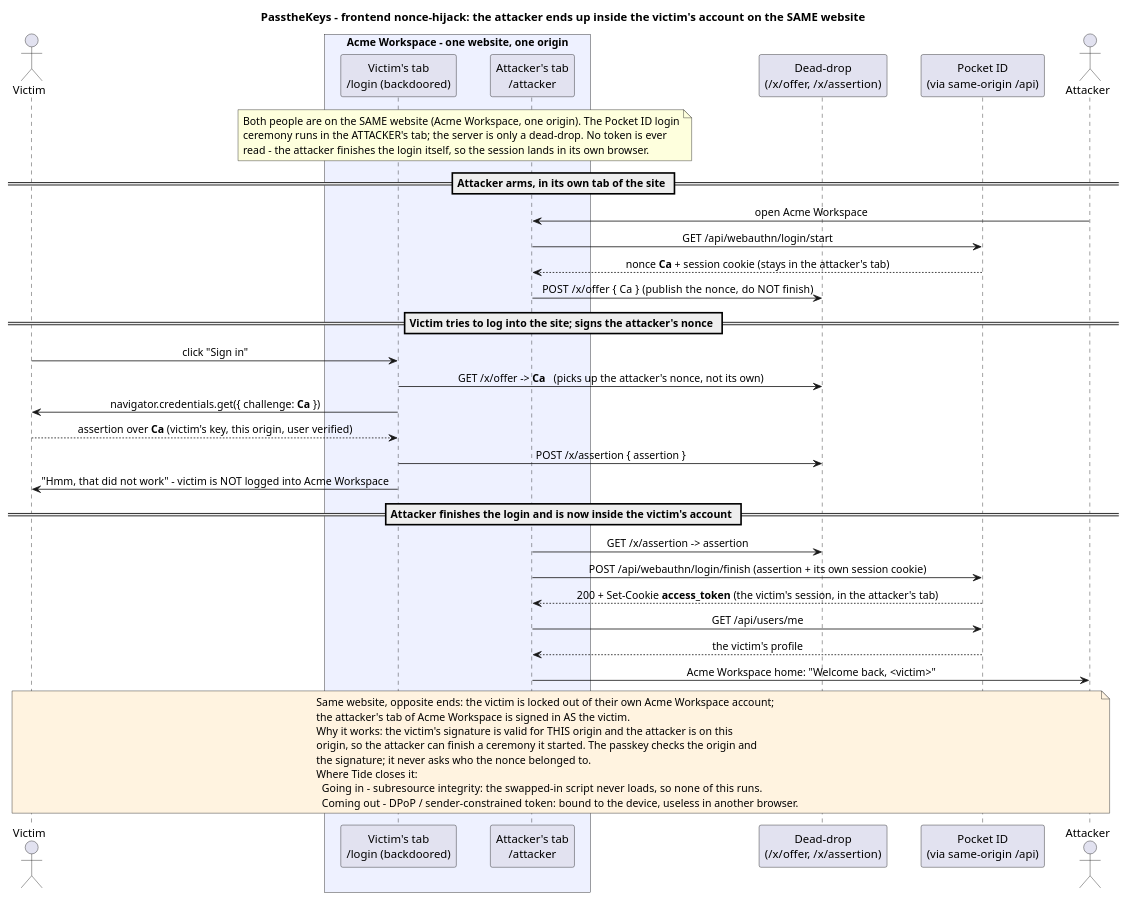
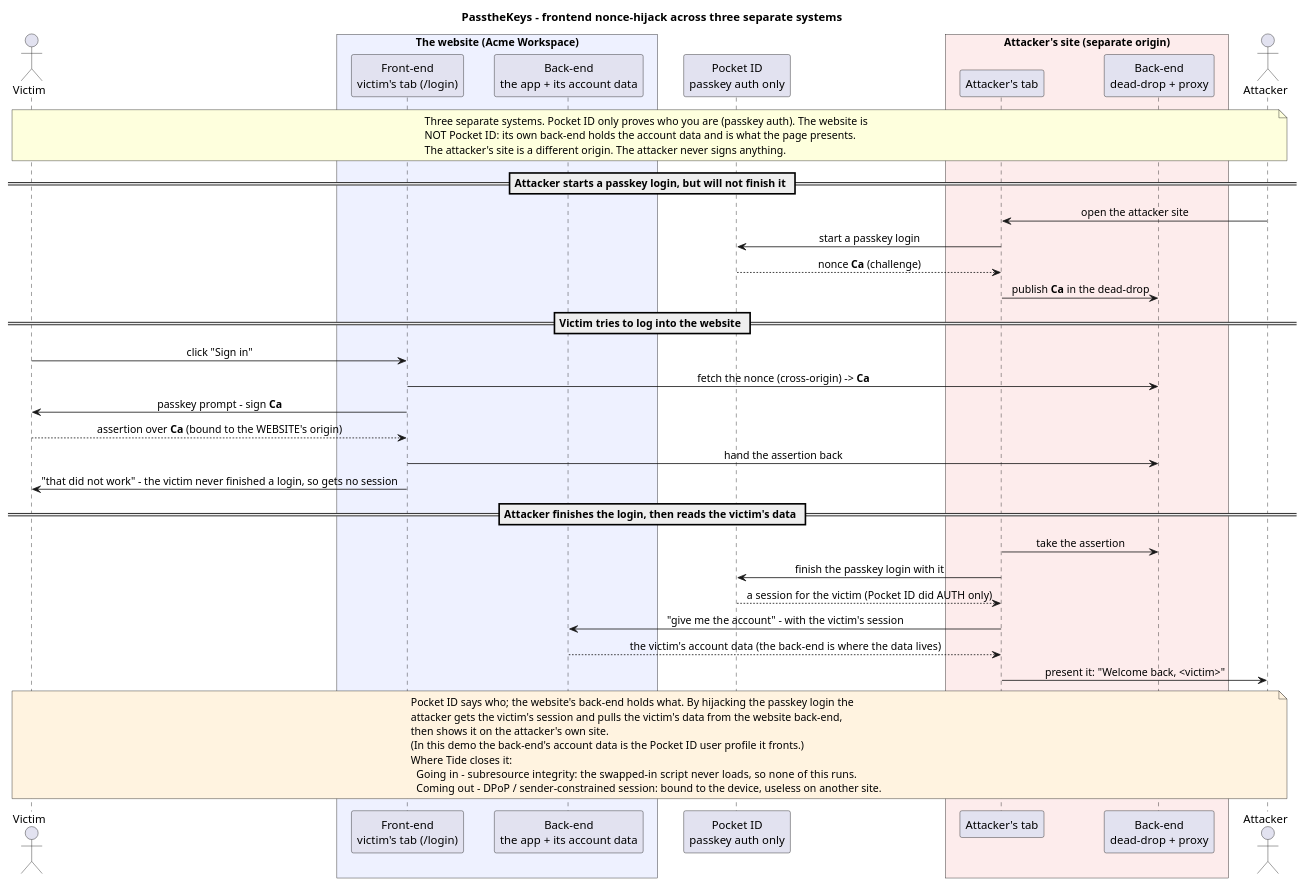
The diagram in pocketid-demo/flow.puml (sashyo/PasstheKeys), drawn with PlantUML before and after one commit.

Commit message:
Diagram: separate Pocket ID (auth), the website (front-end + data back-end), and the attacker site

```diff
--- a/pocketid-demo/flow.puml
+++ b/pocketid-demo/flow.puml
@@ -1,58 +1,60 @@
 @startuml PasstheKeys
-title PasstheKeys - frontend nonce-hijack: the attacker ends up inside the victim's account on the SAME website
+title PasstheKeys - frontend nonce-hijack across three separate systems
 
 skinparam shadowing false
 skinparam defaultFontName sans-serif
 skinparam sequenceMessageAlign center
-skinparam ParticipantPadding 16
+skinparam ParticipantPadding 14
 skinparam BoxPadding 12
 
 actor "Victim" as V
-box "Acme Workspace - one website, one origin" #EEF1FF
-  participant "Victim's tab\n/login (backdoored)" as VP
-  participant "Attacker's tab\n/attacker" as AP
+box "The website (Acme Workspace)" #EEF1FF
+  participant "Front-end\nvictim's tab (/login)" as VP
+  participant "Back-end\nthe app + its account data" as WB
 end box
-participant "Dead-drop\n(/x/offer, /x/assertion)" as S
-participant "Pocket ID\n(via same-origin /api)" as PID
+participant "Pocket ID\npasskey auth only" as PID
+box "Attacker's site (separate origin)" #FDECEC
+  participant "Attacker's tab" as AP
+  participant "Back-end\ndead-drop + proxy" as AD
+end box
 actor "Attacker" as A
 
-note over VP, AP
-  Both people are on the SAME website (Acme Workspace, one origin). The Pocket ID login
-  ceremony runs in the ATTACKER's tab; the server is only a dead-drop. No token is ever
-  read - the attacker finishes the login itself, so the session lands in its own browser.
+note across
+  Three separate systems. Pocket ID only proves who you are (passkey auth). The website is
+  NOT Pocket ID: its own back-end holds the account data and is what the page presents.
+  The attacker's site is a different origin. The attacker never signs anything.
 end note
 
-== Attacker arms, in its own tab of the site ==
-A -> AP : open Acme Workspace
-AP -> PID : GET /api/webauthn/login/start
-PID --> AP : nonce **Ca** + session cookie (stays in the attacker's tab)
-AP -> S : POST /x/offer { Ca }   (publish the nonce, do NOT finish)
+== Attacker starts a passkey login, but will not finish it ==
+A -> AP : open the attacker site
+AP -> PID : start a passkey login
+PID --> AP : nonce **Ca** (challenge)
+AP -> AD : publish **Ca** in the dead-drop
 
-== Victim tries to log into the site; signs the attacker's nonce ==
+== Victim tries to log into the website ==
 V -> VP : click "Sign in"
-VP -> S : GET /x/offer -> **Ca**   (picks up the attacker's nonce, not its own)
-VP -> V : navigator.credentials.get({ challenge: **Ca** })
-V --> VP : assertion over **Ca** (victim's key, this origin, user verified)
-VP -> S : POST /x/assertion { assertion }
-VP -> V : "Hmm, that did not work" - victim is NOT logged into Acme Workspace
+VP -> AD : fetch the nonce (cross-origin) -> **Ca**
+VP -> V : passkey prompt - sign **Ca**
+V --> VP : assertion over **Ca** (bound to the WEBSITE's origin)
+VP -> AD : hand the assertion back
+VP -> V : "that did not work" - the victim never finished a login, so gets no session
 
-== Attacker finishes the login and is now inside the victim's account ==
-AP -> S : GET /x/assertion -> assertion
-AP -> PID : POST /api/webauthn/login/finish (assertion + its own session cookie)
-PID --> AP : 200 + Set-Cookie **access_token** (the victim's session, in the attacker's tab)
-AP -> PID : GET /api/users/me
-PID --> AP : the victim's profile
-AP -> A : Acme Workspace home: "Welcome back, <victim>"
+== Attacker finishes the login, then reads the victim's data ==
+AP -> AD : take the assertion
+AP -> PID : finish the passkey login with it
+PID --> AP : a session for the victim  (Pocket ID did AUTH only)
+AP -> WB : "give me the account" - with the victim's session
+WB --> AP : the victim's account data  (the back-end is where the data lives)
+AP -> A : present it: "Welcome back, <victim>"
 
-note over V, A #FFF3E0
-  Same website, opposite ends: the victim is locked out of their own Acme Workspace account;
-  the attacker's tab of Acme Workspace is signed in AS the victim.
-  Why it works: the victim's signature is valid for THIS origin and the attacker is on this
-  origin, so the attacker can finish a ceremony it started. The passkey checks the origin and
-  the signature; it never asks who the nonce belonged to.
+note across #FFF3E0
+  Pocket ID says who; the website's back-end holds what. By hijacking the passkey login the
+  attacker gets the victim's session and pulls the victim's data from the website back-end,
+  then shows it on the attacker's own site.
+  (In this demo the back-end's account data is the Pocket ID user profile it fronts.)
   Where Tide closes it:
     Going in   - subresource integrity: the swapped-in script never loads, so none of this runs.
-    Coming out - DPoP / sender-constrained token: bound to the device, useless in another browser.
+    Coming out - DPoP / sender-constrained session: bound to the device, useless on another site.
 end note
 
 @enduml
```
